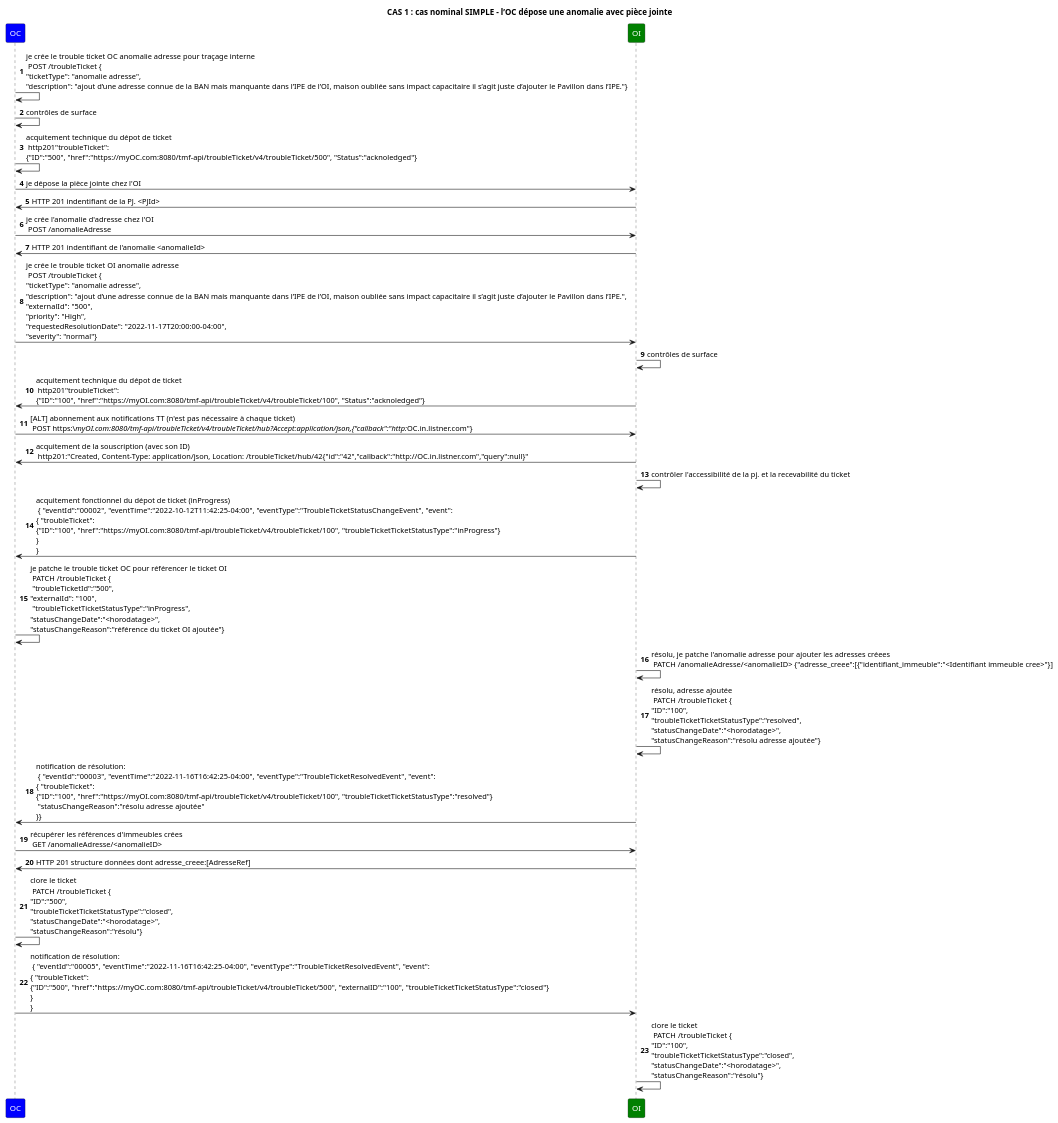
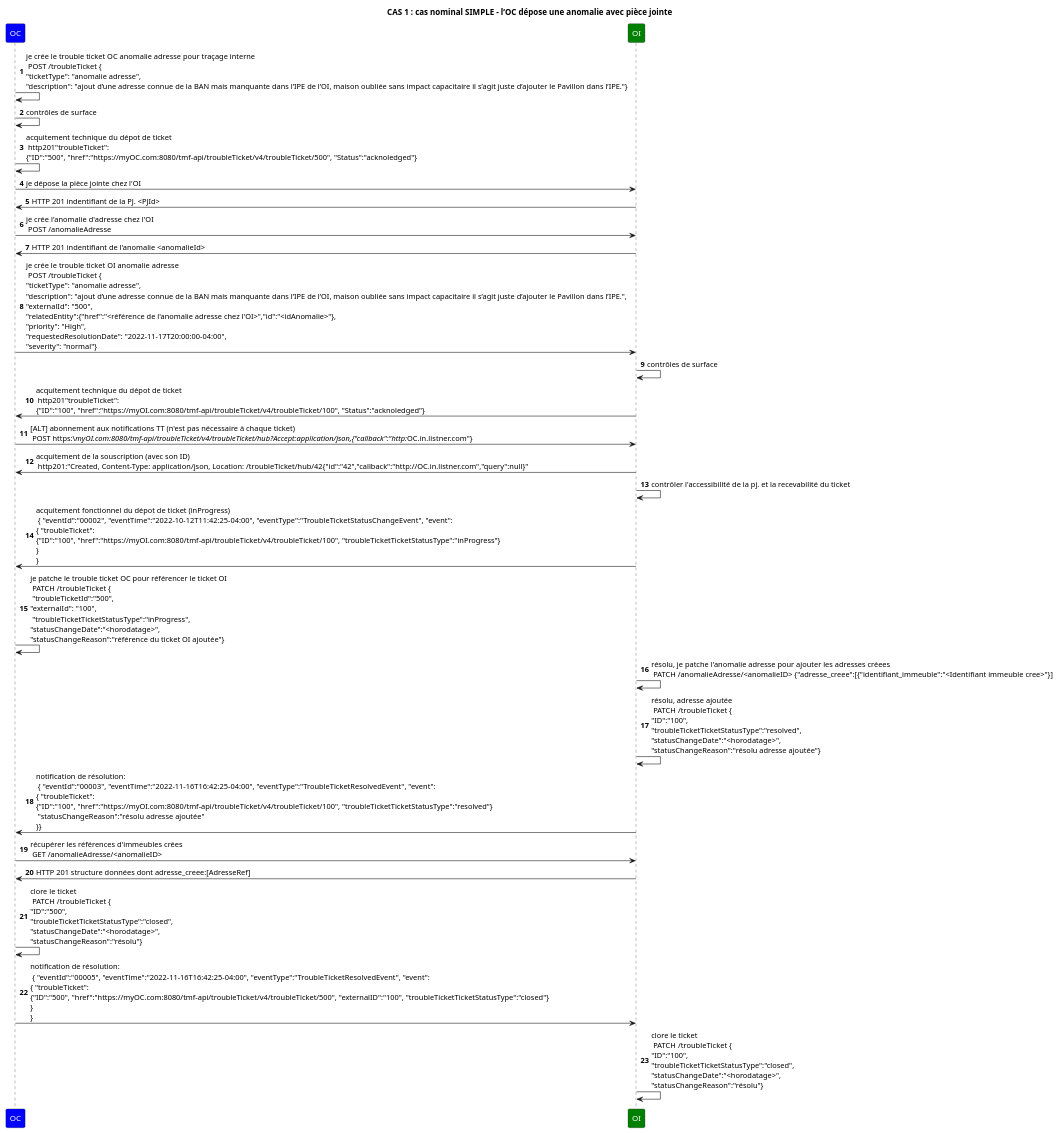
The diagram in UC1_nominal.puml (before-interop/anomalieAdresse), drawn with PlantUML before and after one commit.

Commit message:
ajout de la relatedEntity anomalie lors de la création du ticket OI par l'OC

```diff
--- a/UC1_nominal.puml
+++ b/UC1_nominal.puml
@@ -1,58 +1,58 @@
 @startuml
 
 skinparam ParticipantFontColor automatic
 
 title: CAS 1 : cas nominal SIMPLE - l’OC dépose une anomalie avec pièce jointe 
 
 autonumber
 
 participant OC #Blue
 participant OI #Green
 
 
 OC->OC: je crée le trouble ticket OC anomalie adresse pour traçage interne \n POST /troubleTicket {\n"ticketType": "anomalie adresse",\n"description": "ajout d’une adresse connue de la BAN mais manquante dans l’IPE de l’OI, maison oubliée sans impact capacitaire il s’agit juste d’ajouter le Pavillon dans l’IPE."}
 OC->OC: contrôles de surface
 OC->OC: acquitement technique du dépot de ticket \n http201"troubleTicket": \n{"ID":"500", "href":"https://myOC.com:8080/tmf-api/troubleTicket/v4/troubleTicket/500", "Status":"acknoledged"}
 
 OC->OI: je dépose la pièce jointe chez l'OI
 OI->OC: HTTP 201 indentifiant de la PJ. <PJId>
 OC->OI: je crée l'anomalie d'adresse chez l'OI \n POST /anomalieAdresse
 OI->OC: HTTP 201 indentifiant de l'anomalie <anomalieId>
 
 
-OC->OI: je crée le trouble ticket OI anomalie adresse \n POST /troubleTicket {\n"ticketType": "anomalie adresse",\n"description": "ajout d’une adresse connue de la BAN mais manquante dans l’IPE de l’OI, maison oubliée sans impact capacitaire il s’agit juste d’ajouter le Pavillon dans l’IPE.",\n"externalId": "500",\n"priority": "High",\n"requestedResolutionDate": "2022-11-17T20:00:00-04:00",\n"severity": "normal"}
+OC->OI: je crée le trouble ticket OI anomalie adresse \n POST /troubleTicket {\n"ticketType": "anomalie adresse",\n"description": "ajout d’une adresse connue de la BAN mais manquante dans l’IPE de l’OI, maison oubliée sans impact capacitaire il s’agit juste d’ajouter le Pavillon dans l’IPE.",\n"externalId": "500",\n"relatedEntity":{"href":"<référence de l'anomalie adresse chez l'OI>","id":"<idAnomalie>"},\n"priority": "High",\n"requestedResolutionDate": "2022-11-17T20:00:00-04:00",\n"severity": "normal"}
 
 OI->OI: contrôles de surface
 
 OI->OC: acquitement technique du dépot de ticket \n http201"troubleTicket": \n{"ID":"100", "href":"https://myOI.com:8080/tmf-api/troubleTicket/v4/troubleTicket/100", "Status":"acknoledged"}
 
 
 OC->OI: [ALT] abonnement aux notifications TT (n'est pas nécessaire à chaque ticket) \n POST https:\//myOI.com:8080/tmf-api/troubleTicket/v4/troubleTicket/hub?Accept:application/json,{"callback":"http://OC.in.listner.com"}
 
 OI->OC: acquitement de la souscription (avec son ID) \n http201:"Created, Content-Type: application/json, Location: /troubleTicket/hub/42{"id":"42","callback":"http://OC.in.listner.com","query":null}"
 
 
 OI->OI: contrôler l'accessibilité de la pj. et la recevabilité du ticket
 
 OI->OC: acquitement fonctionnel du dépot de ticket (inProgress) \n { "eventId":"00002", "eventTime":"2022-10-12T11:42:25-04:00", "eventType":"TroubleTicketStatusChangeEvent", "event": \n{ "troubleTicket": \n{"ID":"100", "href":"https://myOI.com:8080/tmf-api/troubleTicket/v4/troubleTicket/100", "troubleTicketTicketStatusType":"inProgress"}\n} \n}
 
 OC->OC: je patche le trouble ticket OC pour référencer le ticket OI \n PATCH /troubleTicket {\n "troubleTicketId":"500",\n"externalId": "100",\n "troubleTicketTicketStatusType":"inProgress",\n"statusChangeDate":"<horodatage>",\n"statusChangeReason":"référence du ticket OI ajoutée"}
 
 OI->OI:résolu, je patche l'anomalie adresse pour ajouter les adresses créees \n PATCH /anomalieAdresse/<anomalieID> {"adresse_creee":[{"identifiant_immeuble":"<Identifiant immeuble cree>"}]
 OI->OI: résolu, adresse ajoutée \n PATCH /troubleTicket {\n"ID":"100",\n"troubleTicketTicketStatusType":"resolved",\n"statusChangeDate":"<horodatage>",\n"statusChangeReason":"résolu adresse ajoutée"}
 
 OI->OC: notification de résolution: \n { "eventId":"00003", "eventTime":"2022-11-16T16:42:25-04:00", "eventType":"TroubleTicketResolvedEvent", "event": \n{ "troubleTicket": \n{"ID":"100", "href":"https://myOI.com:8080/tmf-api/troubleTicket/v4/troubleTicket/100", "troubleTicketTicketStatusType":"resolved"}\n "statusChangeReason":"résolu adresse ajoutée"\n}}
 
 OC->OI: récupérer les références d'immeubles crées \n GET /anomalieAdresse/<anomalieID>
 OI->OC: HTTP 201 structure données dont adresse_creee:[AdresseRef]
 
 OC->OC: clore le ticket \n PATCH /troubleTicket {\n"ID":"500",\n"troubleTicketTicketStatusType":"closed",\n"statusChangeDate":"<horodatage>",\n"statusChangeReason":"résolu"}
 
 OC->OI: notification de résolution: \n { "eventId":"00005", "eventTime":"2022-11-16T16:42:25-04:00", "eventType":"TroubleTicketResolvedEvent", "event": \n{ "troubleTicket": \n{"ID":"500", "href":"https://myOC.com:8080/tmf-api/troubleTicket/v4/troubleTicket/500", "externalID":"100", "troubleTicketTicketStatusType":"closed"}\n} \n}
 
 
 
 OI->OI: clore le ticket \n PATCH /troubleTicket {\n"ID":"100",\n"troubleTicketTicketStatusType":"closed",\n"statusChangeDate":"<horodatage>",\n"statusChangeReason":"résolu"}
 
 
 @enduml
```
